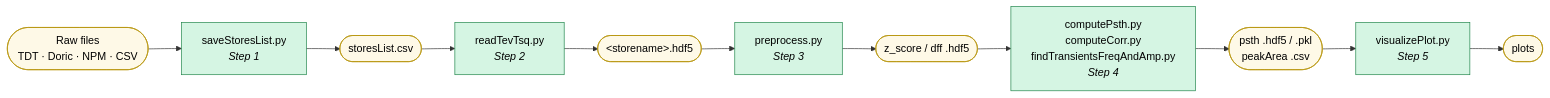
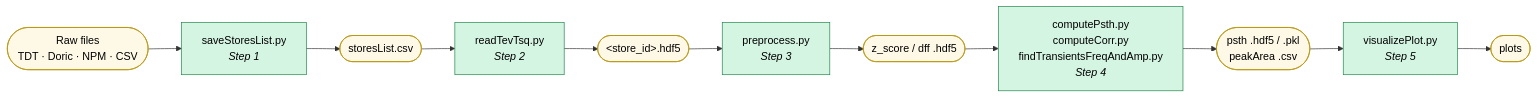
One commit to LernerLab/GuPPy changed the first of 3 diagrams in docs/architecture.md. Above: the diagram before and after it, drawn with Mermaid. The commit also changed other lines of this file and 105 other files, not shown here.

````diff
--- a/docs/architecture.md
+++ b/docs/architecture.md
@@ -89,26 +89,26 @@
 ```mermaid
 flowchart LR
     RAW(["Raw files<br/>TDT · Doric · NPM · CSV"])
 
     S2["saveStoresList.py<br/><i>Step 1</i>"]
     F1(["storesList.csv"])
 
     S3["readTevTsq.py<br/><i>Step 2</i>"]
-    F2(["&lt;storename&gt;.hdf5"])
+    F2(["&lt;store_id&gt;.hdf5"])
 
     S4["preprocess.py<br/><i>Step 3</i>"]
     F3(["z_score / dff .hdf5"])
 
     S5["computePsth.py<br/>computeCorr.py<br/>findTransientsFreqAndAmp.py<br/><i>Step 4</i>"]
     F4(["psth .hdf5 / .pkl<br/>peakArea .csv"])
 
     S6["visualizePlot.py<br/><i>Step 5</i>"]
     DASH(["plots"])
 
     RAW --> S2 --> F1 --> S3 --> F2 --> S4 --> F3 --> S5 --> F4 --> S6 --> DASH
 
     classDef step fill:#d5f5e3,stroke:#1e8449,color:#000
     classDef file fill:#fef9e7,stroke:#b7950b,color:#000
     class S2,S3,S4,S5,S6 step
     class RAW,F1,F2,F3,F4,DASH file
 ```
````
